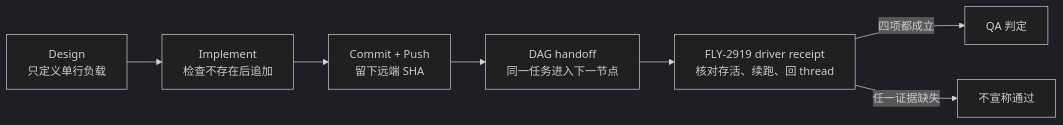
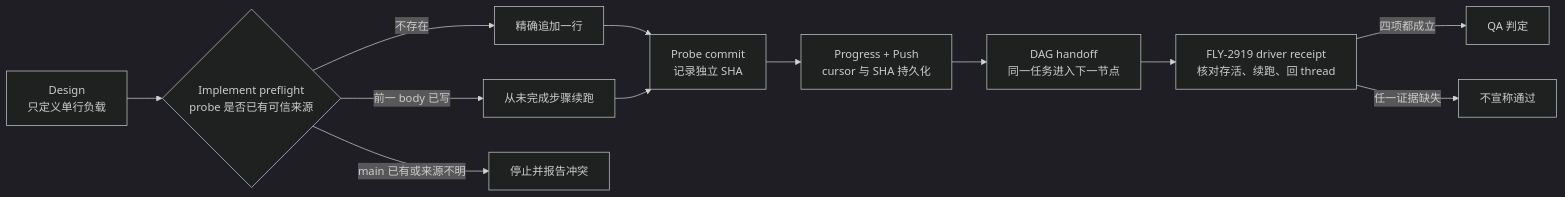
Before and after one commit to xrliAnnie/flywheel-qa-sandbox: the diagram in engineering/doc/FLY-3029-claude-n-to-n-probe/core-flow.mmd, drawn with Mermaid (dark theme). The commit also changed 6 other files, not shown here.

Commit message:
docs(FLY-3029): address design review

```diff
--- a/engineering/doc/FLY-3029-claude-n-to-n-probe/core-flow.mmd
+++ b/engineering/doc/FLY-3029-claude-n-to-n-probe/core-flow.mmd
@@ -1,7 +1,12 @@
 flowchart LR
-    A["Design<br/>只定义单行负载"] --> B["Implement<br/>检查不存在后追加"]
-    B --> C["Commit + Push<br/>留下远端 SHA"]
-    C --> D["DAG handoff<br/>同一任务进入下一节点"]
-    D --> E["FLY-2919 driver receipt<br/>核对存活、续跑、回 thread"]
-    E -->|"四项都成立"| F["QA 判定"]
-    E -->|"任一证据缺失"| G["不宣称通过"]
+    A["Design<br/>只定义单行负载"] --> B{"Implement preflight<br/>probe 是否已有可信来源"}
+    B -->|"不存在"| C["精确追加一行"]
+    B -->|"前一 body 已写"| D["从未完成步骤续跑"]
+    B -->|"main 已有或来源不明"| X["停止并报告冲突"]
+    C --> E["Probe commit<br/>记录独立 SHA"]
+    D --> E
+    E --> F["Progress + Push<br/>cursor 与 SHA 持久化"]
+    F --> G["DAG handoff<br/>同一任务进入下一节点"]
+    G --> H["FLY-2919 driver receipt<br/>核对存活、续跑、回 thread"]
+    H -->|"四项都成立"| I["QA 判定"]
+    H -->|"任一证据缺失"| J["不宣称通过"]
```
